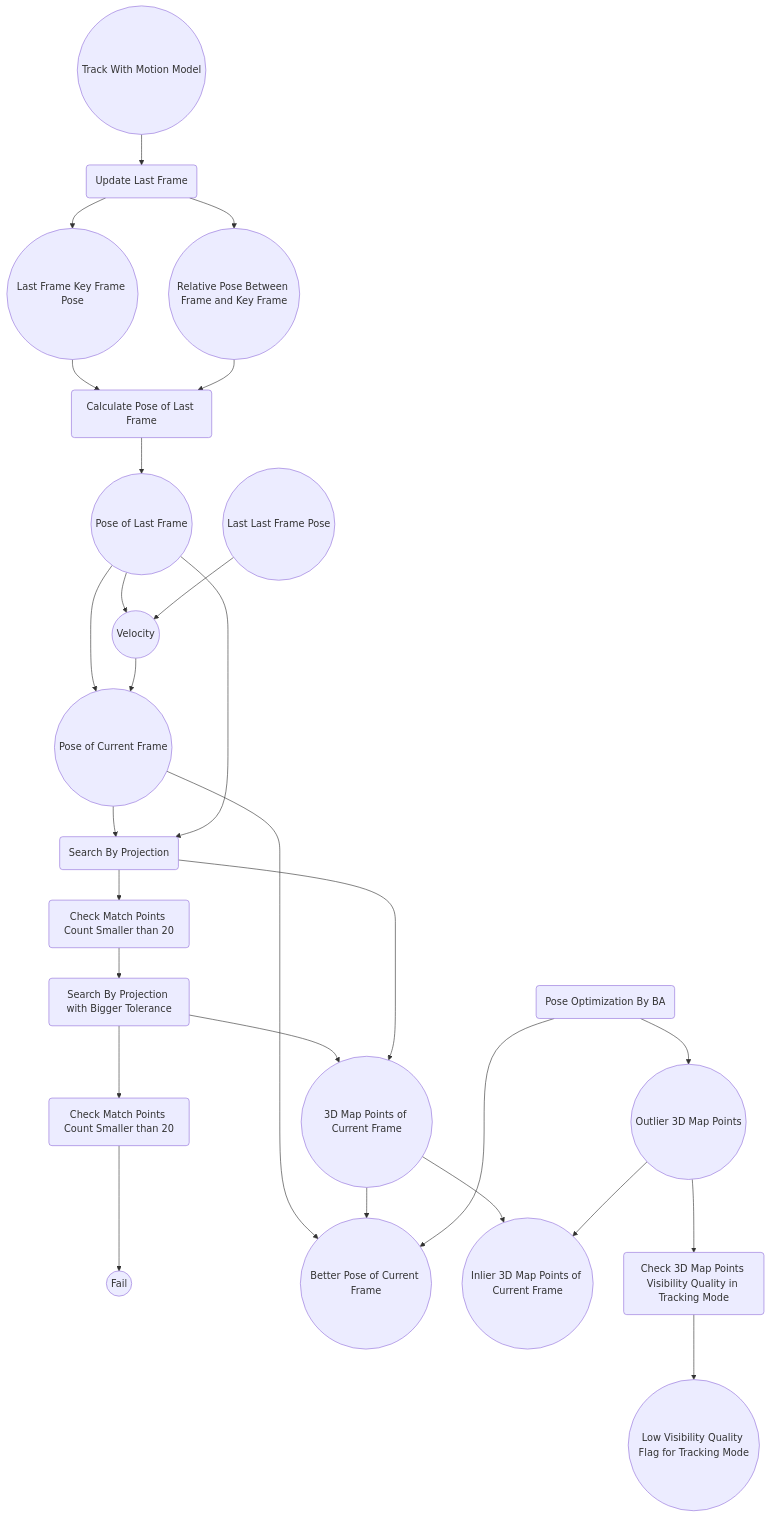
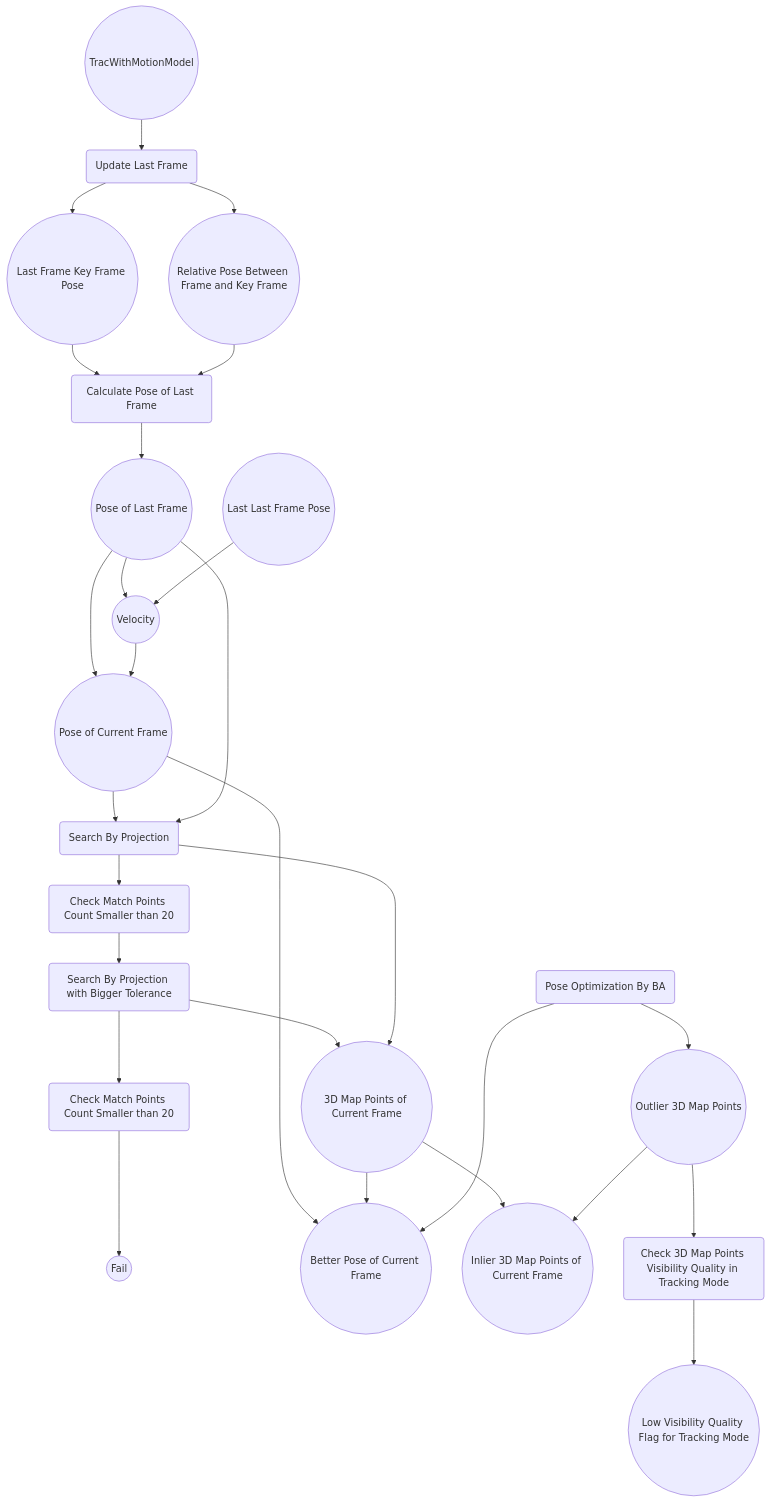
One commit to huang-yuefeng/3DComputerVision changed the second of 9 diagrams in Track.md. Above: the diagram before and after it, drawn with Mermaid. The commit also changed other lines of this file, not shown here.

````diff
--- a/Track.md
+++ b/Track.md
@@ -43,33 +43,33 @@
 ```mermaid 
 		graph TD
-			TrackWithMotionModel((Track With Motion Model)) --> UpdateLastFrame
+			TrackWithMotionModel((TracWithMotionModel)) --> UpdateLastFrame
 			CalLastFramePose(Calculate Pose of Last Frame) --> LastFramePose((Pose of Last Frame))
 			LastFrameKPPose((Last Frame Key Frame Pose)) --> CalLastFramePose
 			RelativeFramePose((Relative Pose Between Frame and Key Frame)) --> CalLastFramePose			
 			UpdateLastFrame(Update Last Frame) --> LastFrameKPPose
 			UpdateLastFrame --> RelativeFramePose
 			
 			
 			CurrentFramePose((Pose of Current Frame)) --> SearchByProjection
 			LastFramePose --> SearchByProjection
 			LastFramePose --> CurrentFramePose
 			LastFramePose --> Velocity
 			LastLastFramePose((Last Last Frame Pose)) --> Velocity
 			Velocity((Velocity)) --> CurrentFramePose	
 					
 			SearchByProjection2 --> 3DMapPoints
 			SearchByProjection(Search By Projection) --> 3DMapPoints((3D Map Points of Current Frame))
 			SearchByProjection --> Check(Check Match Points Count Smaller than 20)
 			Check --> SearchByProjection2(Search By Projection with Bigger Tolerance)
 			SearchByProjection2 --> Check2
 			Check2(Check Match Points Count Smaller than 20) --> Fail((Fail))
 						CurrentFramePose --> BetterCurrentFramePose((Better Pose of Current Frame))
 			3DMapPoints --> BetterCurrentFramePose
 			PoseOptimization(Pose Optimization By BA) --> BetterCurrentFramePose
 			PoseOptimization --> Outlier((Outlier 3D Map Points)) 
 			
 			3DMapPoints --> Valid3DMapPoints((Inlier 3D Map Points of Current Frame))
 			Outlier --> Valid3DMapPoints
 			Outlier --> Check3(Check 3D Map Points Visibility Quality in Tracking Mode)
 			Check3 --> VisibilityFlag((Low Visibility Quality Flag for Tracking Mode))
 ```
````
